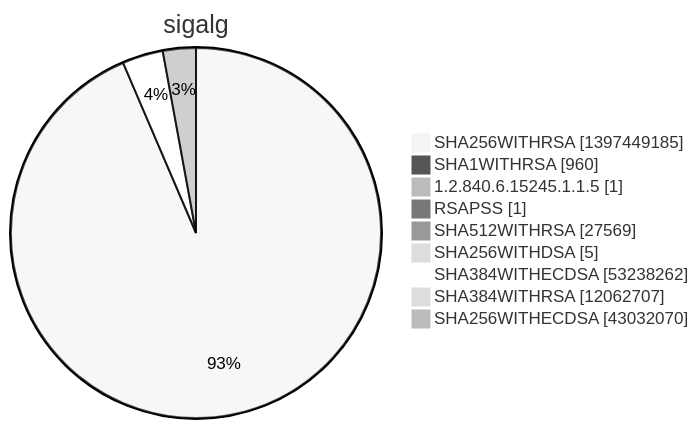
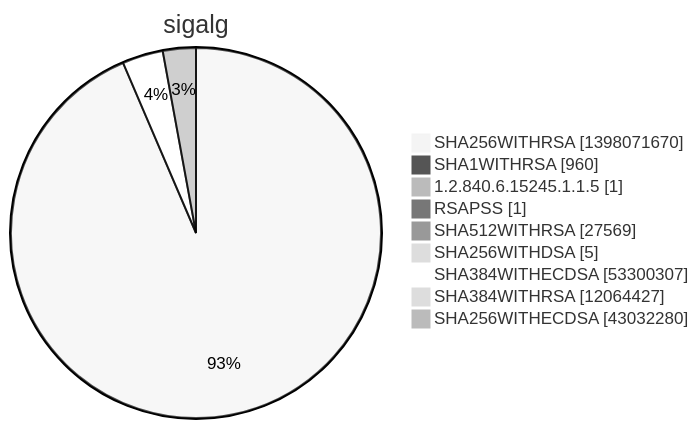
Diagram 15 of 15 in argon2022/README.md (christiankrug/ctmonitor_visualization), drawn with Mermaid (neutral theme) before and after one commit. The commit also changed other lines of this file, not shown here.

````diff
--- a/argon2022/README.md
+++ b/argon2022/README.md
@@ -5524,13 +5524,13 @@
 ```mermaid
 pie showData
 title sigalg
-"SHA256WITHRSA" :1397449185
+"SHA256WITHRSA" :1398071670
 "SHA1WITHRSA" :960
 "1.2.840.6.15245.1.1.5" :1
 "RSAPSS" :1
 "SHA512WITHRSA" :27569
 "SHA256WITHDSA" :5
-"SHA384WITHECDSA" :53238262
-"SHA384WITHRSA" :12062707
-"SHA256WITHECDSA" :43032070
+"SHA384WITHECDSA" :53300307
+"SHA384WITHRSA" :12064427
+"SHA256WITHECDSA" :43032280
 ```
````
